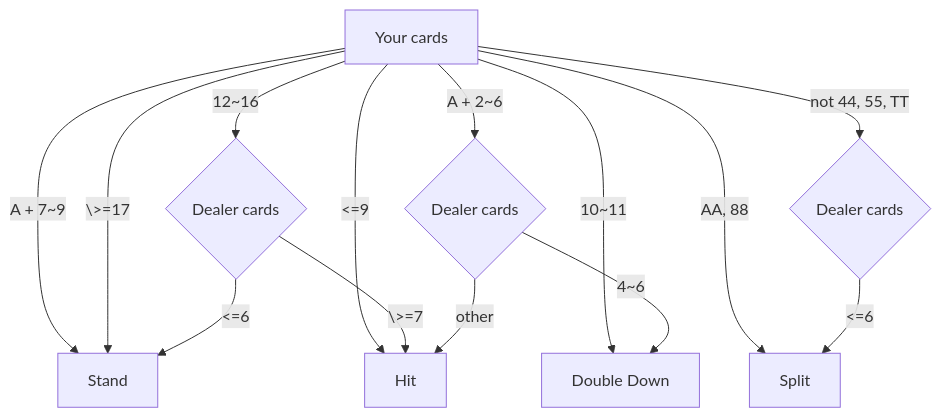
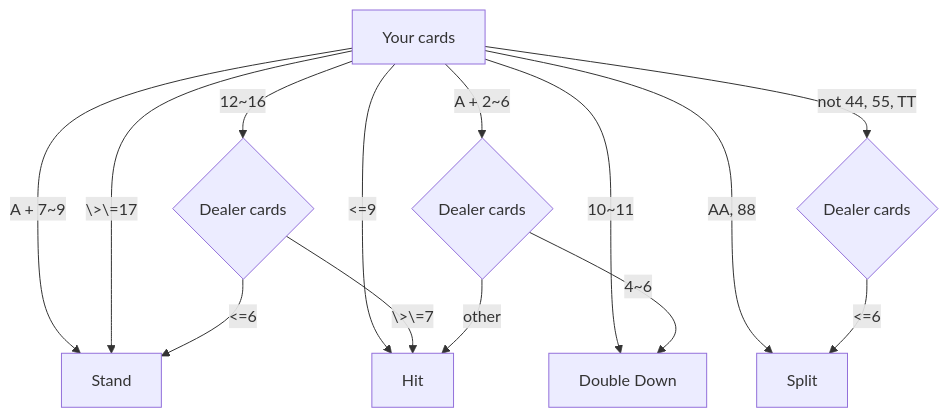
Before and after one commit to eric19960304/blackjack-basic-strategy-decision-tree: the second of 2 diagrams in README.md, drawn with Mermaid. The commit also changed other lines of this file, not shown here.

````diff
--- a/README.md
+++ b/README.md
@@ -33,25 +33,25 @@
 ```mermaid
 flowchart TB
     playerCards[Your cards]
 
     playerCards --> |A + 7~9| stand
-    playerCards --> |\>=17| stand
+    playerCards --> |\>\=17| stand
     playerCards --> |12~16| delarCards{Dealer cards}
     playerCards --> |10~11| doubleDown
     playerCards --> |<=9| hit
     playerCards --> |AA, 88| split
     playerCards --> |not 44, 55, TT| delarCards3{Dealer cards}
 
     playerCards --> |A + 2~6| delarCards2{Dealer cards}
 
     delarCards --> | <=6| stand
-    delarCards --> | \>=7| hit
+    delarCards --> | \>\=7| hit
     delarCards2 --> |4~6| doubleDown
     delarCards2 --> |other| hit
     delarCards3 --> |<=6| split
 
     stand[Stand]
     hit[Hit]
     doubleDown[Double Down]
     split[Split]
 ```
````
